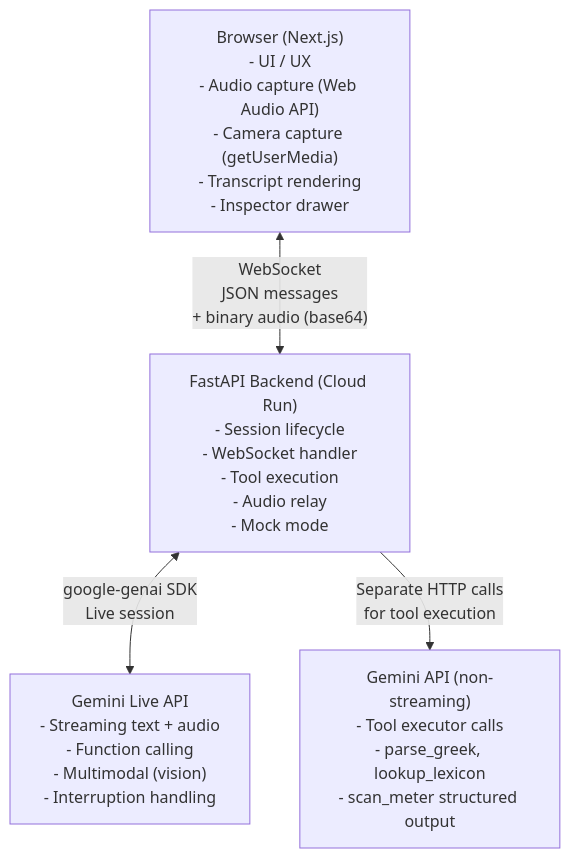
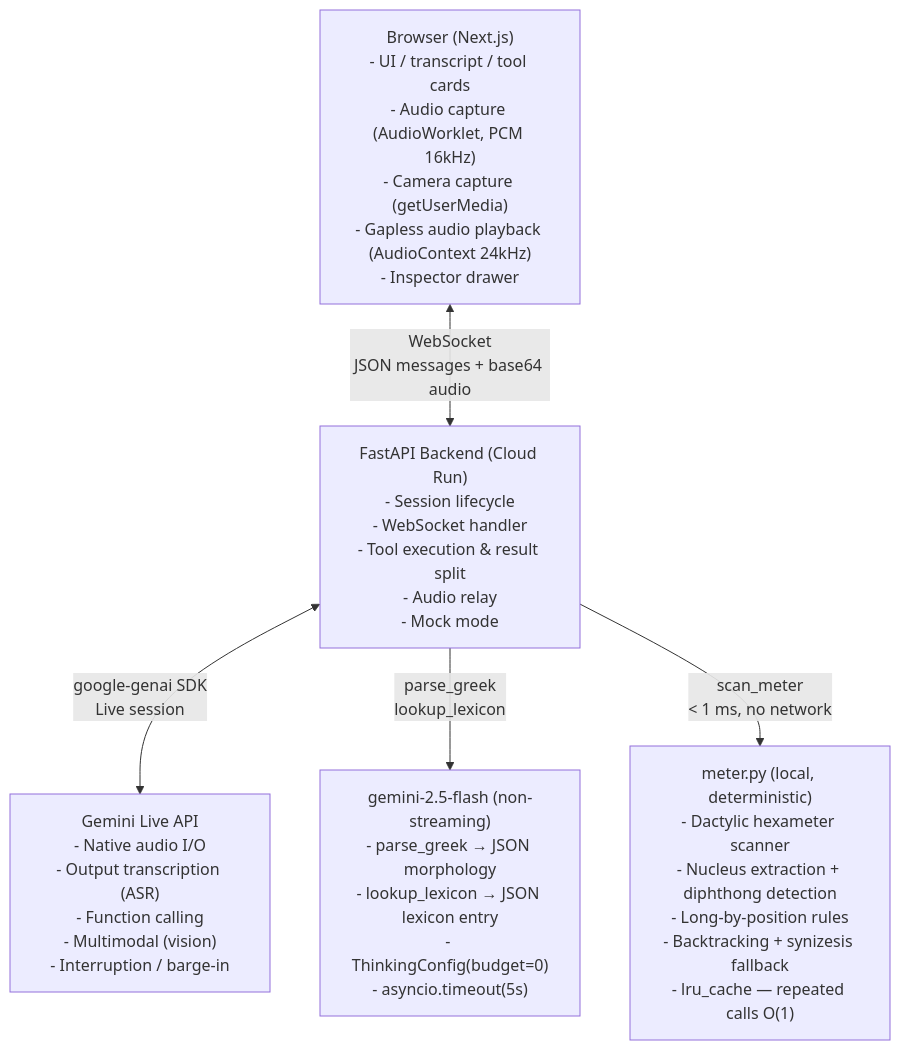
The diagram in architecture.md (alanmaizon/GeminiLiveAgentChallenge), drawn with Mermaid before and after one commit. The commit also changed other lines of this file and 13 other files, not shown here.

````diff
--- a/architecture.md
+++ b/architecture.md
@@ -5,14 +5,17 @@
 ```mermaid
 graph TD
-    Browser["Browser (Next.js)\n- UI / UX\n- Audio capture (Web Audio API)\n- Camera capture (getUserMedia)\n- Transcript rendering\n- Inspector drawer"]
+    Browser["Browser (Next.js)\n- UI / transcript / tool cards\n- Audio capture (AudioWorklet, PCM 16kHz)\n- Camera capture (getUserMedia)\n- Gapless audio playback (AudioContext 24kHz)\n- Inspector drawer"]
 
-    Backend["FastAPI Backend (Cloud Run)\n- Session lifecycle\n- WebSocket handler\n- Tool execution\n- Audio relay\n- Mock mode"]
+    Backend["FastAPI Backend (Cloud Run)\n- Session lifecycle\n- WebSocket handler\n- Tool execution & result split\n- Audio relay\n- Mock mode"]
 
-    GeminiLive["Gemini Live API\n- Streaming text + audio\n- Function calling\n- Multimodal (vision)\n- Interruption handling"]
+    GeminiLive["Gemini Live API\n- Native audio I/O\n- Output transcription (ASR)\n- Function calling\n- Multimodal (vision)\n- Interruption / barge-in"]
 
-    GeminiNonStream["Gemini API (non-streaming)\n- Tool executor calls\n- parse_greek, lookup_lexicon\n- scan_meter structured output"]
+    GeminiFlash["gemini-2.5-flash (non-streaming)\n- parse_greek → JSON morphology\n- lookup_lexicon → JSON lexicon entry\n- ThinkingConfig(budget=0)\n- asyncio.timeout(5s)"]
 
-    Browser <-->|"WebSocket\nJSON messages\n+ binary audio (base64)"| Backend
+    MeterPy["meter.py (local, deterministic)\n- Dactylic hexameter scanner\n- Nucleus extraction + diphthong detection\n- Long-by-position rules\n- Backtracking + synizesis fallback\n- lru_cache — repeated calls O(1)"]
+
+    Browser <-->|"WebSocket\nJSON messages + base64 audio"| Backend
     Backend <-->|"google-genai SDK\nLive session"| GeminiLive
-    Backend -->|"Separate HTTP calls\nfor tool execution"| GeminiNonStream
+    Backend -->|"parse_greek\nlookup_lexicon"| GeminiFlash
+    Backend -->|"scan_meter\n< 1 ms, no network"| MeterPy
 ```
````
